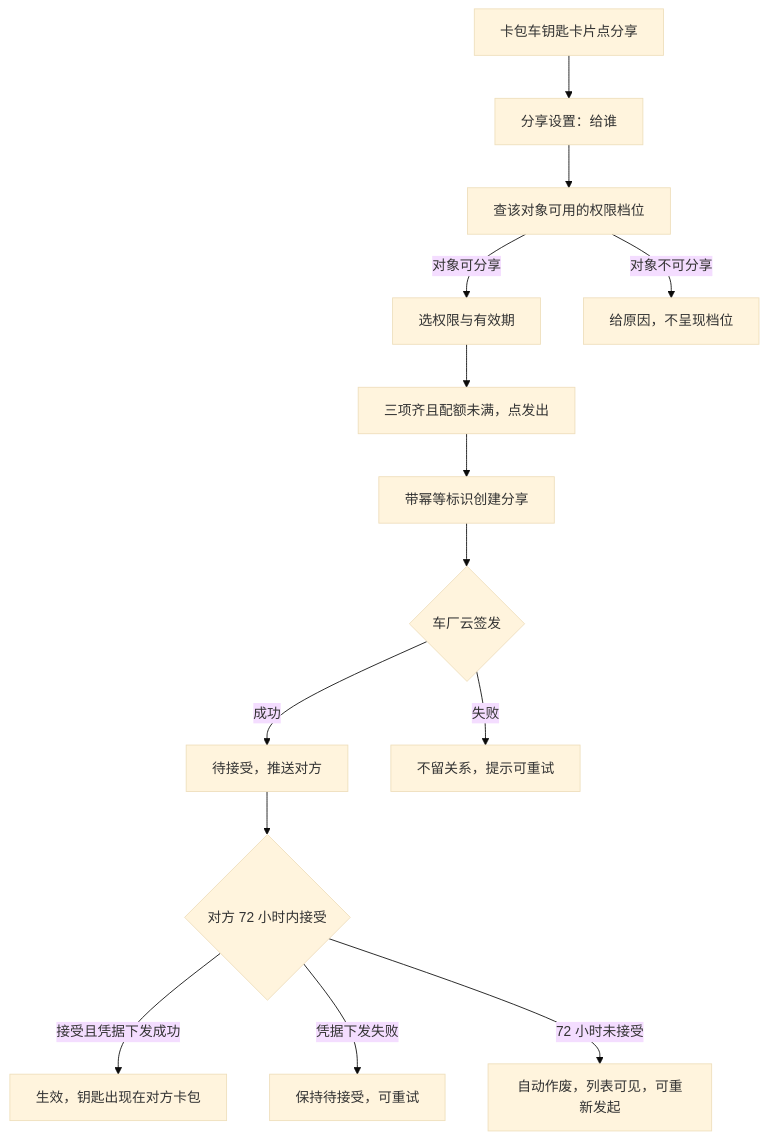
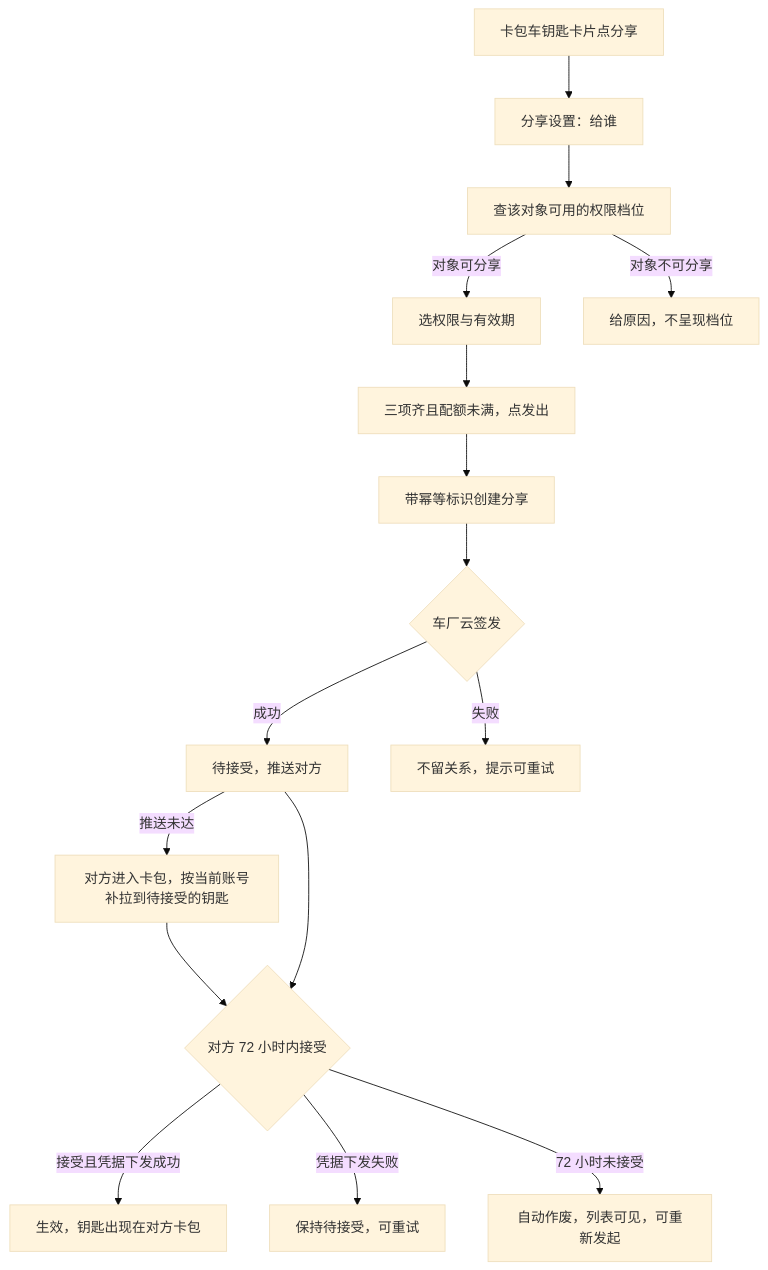
The first of 2 diagrams in doc/plan/2.0.3/2026-10-07-整体设计/实施反馈/金样候选/car-key-sharing/update/sharing-wallet-slice/spec/spec.md (sqsqsq/SimulatedWalletForHmos), drawn with Mermaid (base theme) before and after one commit. The commit also changed other lines of this file and 31 other files, not shown here.

````diff
--- a/doc/plan/2.0.3/2026-10-07-整体设计/实施反馈/金样候选/car-key-sharing/update/sharing-wallet-slice/spec/spec.md
+++ b/doc/plan/2.0.3/2026-10-07-整体设计/实施反馈/金样候选/car-key-sharing/update/sharing-wallet-slice/spec/spec.md
@@ -126,16 +129,18 @@
 ```mermaid
 flowchart TD
     A[卡包车钥匙卡片点分享] --> B[分享设置：给谁]
     B --> C[查该对象可用的权限档位]
     C -->|对象可分享| D[选权限与有效期]
     C -->|对象不可分享| E[给原因，不呈现档位]
     D --> F[三项齐且配额未满，点发出]
     F --> G[带幂等标识创建分享]
     G --> H{车厂云签发}
     H -->|成功| I[待接受，推送对方]
+    I -->|推送未达| P2[对方进入卡包，按当前账号补拉到待接受的钥匙]
+    P2 --> K
     H -->|失败| J[不留关系，提示可重试]
     I --> K{对方 72 小时内接受}
     K -->|接受且凭据下发成功| L[生效，钥匙出现在对方卡包]
     K -->|凭据下发失败| M[保持待接受，可重试]
     K -->|72 小时未接受| N[自动作废，列表可见，可重新发起]
 ```
````
